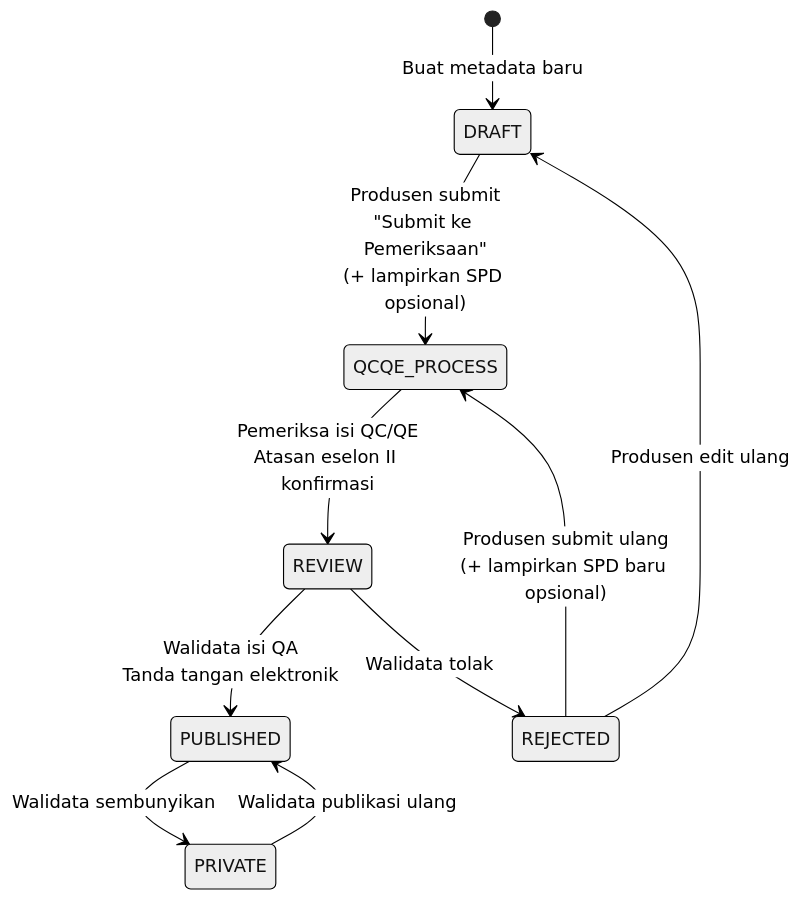
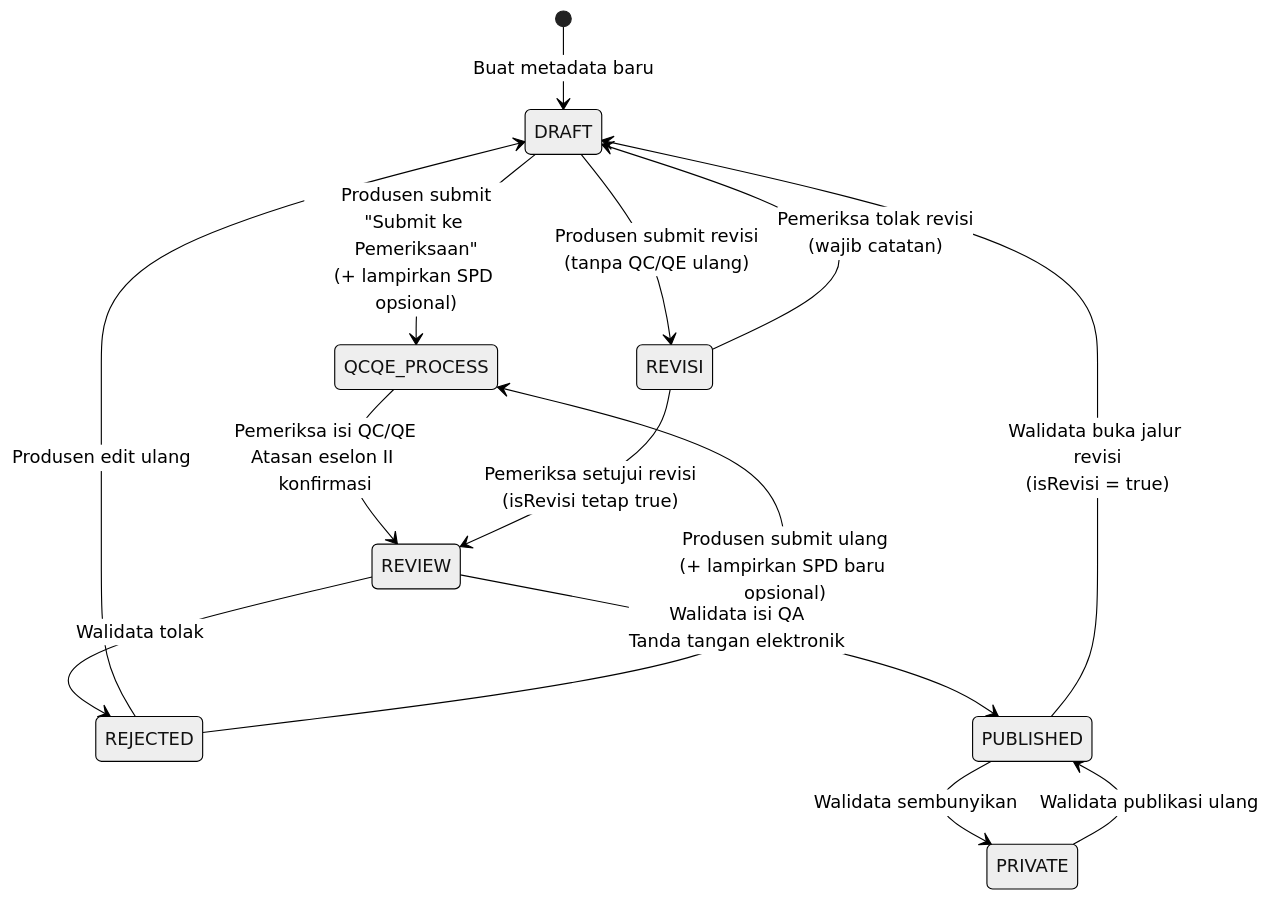
One commit to hariHK1/geomdb-hub-installer changed the sixth of 9 diagrams in README.md. Above: the diagram before and after it, drawn with Mermaid (neutral theme). The commit also changed other lines of this file and 1 other file, not shown here.

First line of the commit message:
docs: update README + INSTALL — revisi flow & link download rilis

````diff
--- a/README.md
+++ b/README.md
@@ -301,16 +310,21 @@
 ```mermaid
 stateDiagram-v2
     [*] --> DRAFT : Buat metadata baru
 
     DRAFT --> QCQE_PROCESS : Produsen submit</br>"Submit ke Pemeriksaan"</br>(+ lampirkan SPD opsional)
     REJECTED --> DRAFT : Produsen edit ulang
     REJECTED --> QCQE_PROCESS : Produsen submit ulang</br>(+ lampirkan SPD baru opsional)
 
     QCQE_PROCESS --> REVIEW : Pemeriksa isi QC/QE</br>Atasan eselon II konfirmasi
 
     REVIEW --> PUBLISHED : Walidata isi QA</br>Tanda tangan elektronik
     REVIEW --> REJECTED : Walidata tolak
 
     PUBLISHED --> PRIVATE : Walidata sembunyikan
     PRIVATE --> PUBLISHED : Walidata publikasi ulang
+
+    PUBLISHED --> DRAFT : Walidata buka jalur revisi</br>(isRevisi = true)
+    DRAFT --> REVISI : Produsen submit revisi</br>(tanpa QC/QE ulang)
+    REVISI --> REVIEW : Pemeriksa setujui revisi</br>(isRevisi tetap true)
+    REVISI --> DRAFT : Pemeriksa tolak revisi</br>(wajib catatan)
 ```
````
